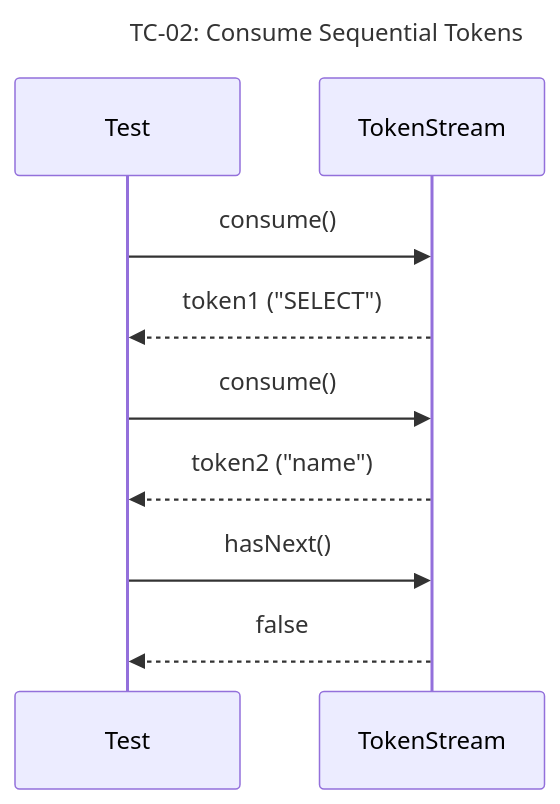
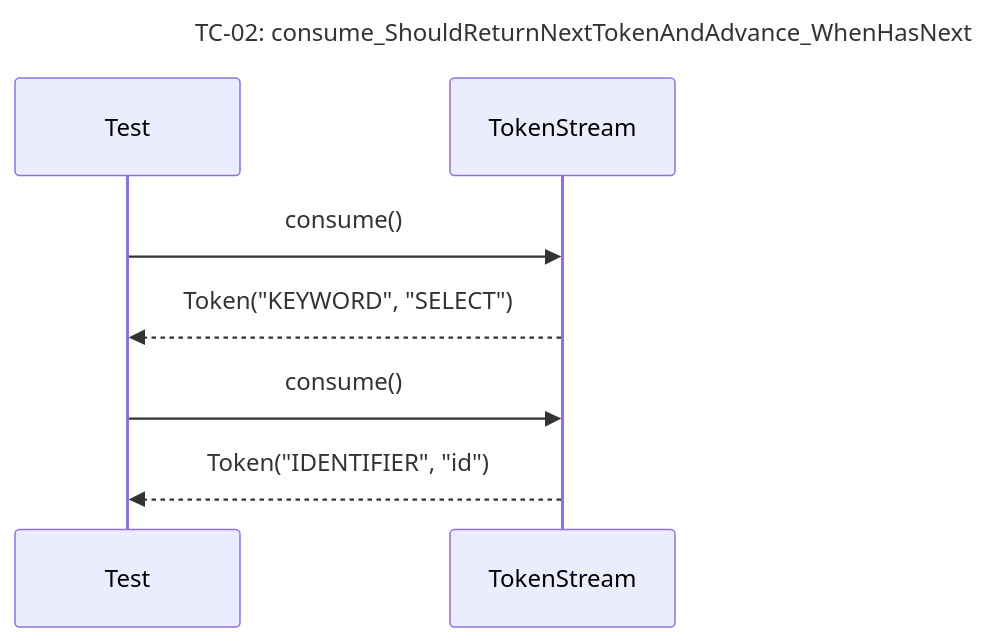
The seventh of 41 diagrams in docs/unit_test/query_prossor/SequeceTestCase.md (Dikhang1112/Database_Management_BBV), drawn with Mermaid before and after one commit. The commit also changed other lines of this file and 6 other files, not shown here.

Commit message:
Add docs sequece diagram and scenario testcase

````diff
--- a/docs/unit_test/query_prossor/SequeceTestCase.md
+++ b/docs/unit_test/query_prossor/SequeceTestCase.md
@@ -25,13 +90,11 @@
 ```mermaid
 sequenceDiagram
-    title TC-02: Consume Sequential Tokens
+    title TC-02: consume_ShouldReturnNextTokenAndAdvance_WhenHasNext
     participant Test
     participant TokenStream
 
     Test->>TokenStream: consume()
-    TokenStream-->>Test: token1 ("SELECT")
+    TokenStream-->>Test: Token("KEYWORD", "SELECT")
     Test->>TokenStream: consume()
-    TokenStream-->>Test: token2 ("name")
-    Test->>TokenStream: hasNext()
-    TokenStream-->>Test: false
+    TokenStream-->>Test: Token("IDENTIFIER", "id")
 ```
````
